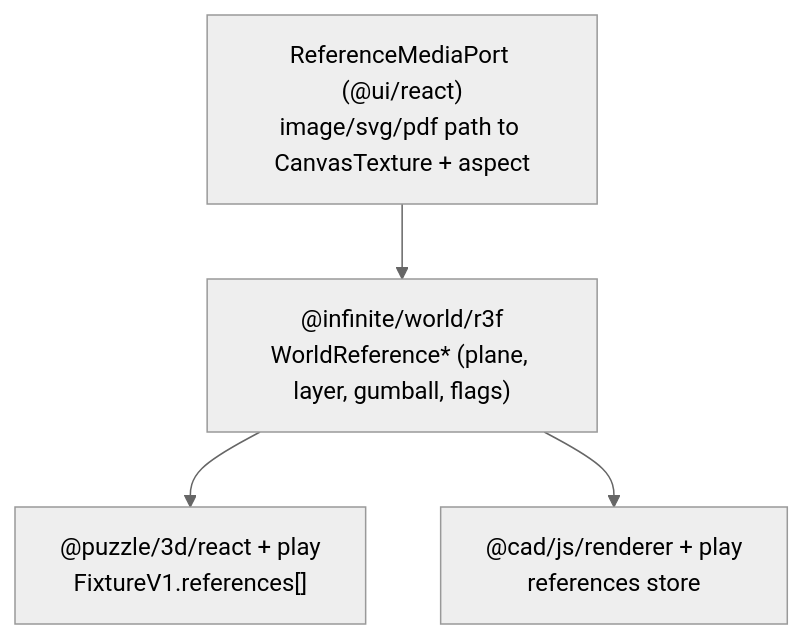
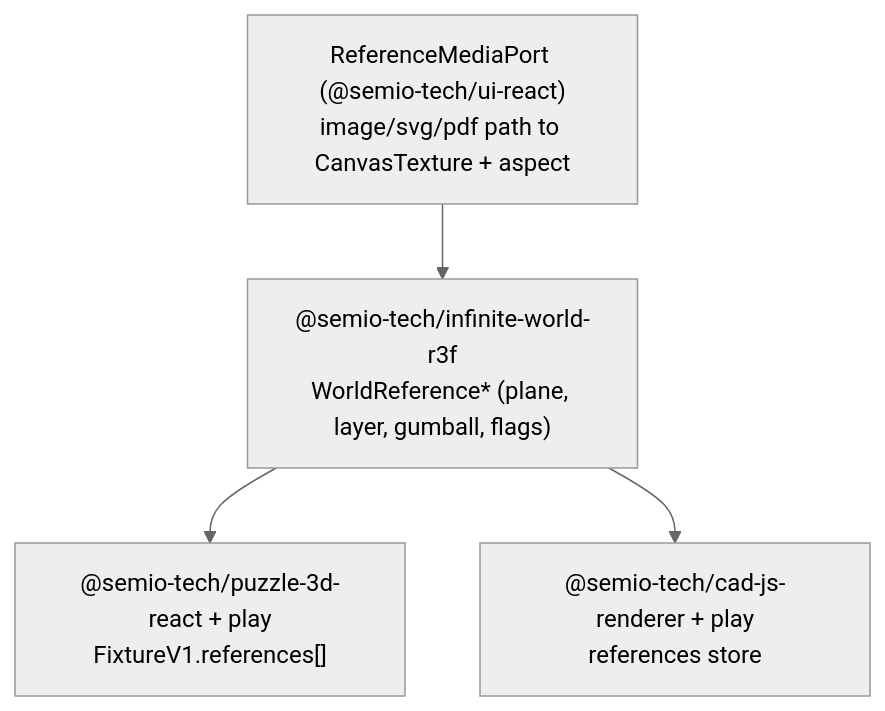
One commit to usalu/semio changed the diagram in .cursor/plans/2d_references_on_grid_ff798114.plan.md. Above: the diagram before and after it, drawn with Mermaid (neutral theme). The commit also changed other lines of this file and 1282 other files, not shown here.

````diff
--- a/.cursor/plans/2d_references_on_grid_ff798114.plan.md
+++ b/.cursor/plans/2d_references_on_grid_ff798114.plan.md
@@ -46,10 +46,10 @@
 ```mermaid
 flowchart TD
-  port["ReferenceMediaPort (@ui/react)\nimage/svg/pdf path to CanvasTexture + aspect"]
-  world["@infinite/world/r3f\nWorldReference* (plane, layer, gumball, flags)"]
-  puzzle["@puzzle/3d/react + play\nFixtureV1.references[]"]
-  cad["@cad/js/renderer + play\nreferences store"]
+  port["ReferenceMediaPort (@semio-tech/ui-react)\nimage/svg/pdf path to CanvasTexture + aspect"]
+  world["@semio-tech/infinite-world-r3f\nWorldReference* (plane, layer, gumball, flags)"]
+  puzzle["@semio-tech/puzzle-3d-react + play\nFixtureV1.references[]"]
+  cad["@semio-tech/cad-js-renderer + play\nreferences store"]
   port --> world
   world --> puzzle
   world --> cad
 ```
````
